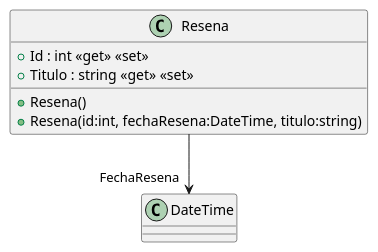
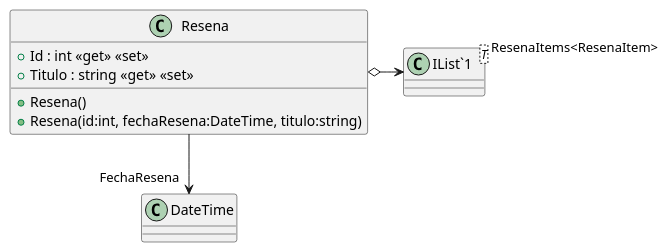
Before and after one commit to ISII2627LosElnes/ISII2627LosElnes: the diagram in src/AppForSEII.API/ClassDiagram/Resena.puml, drawn with PlantUML. The commit also changed 8 other files, not shown here.

```diff
--- a/src/AppForSEII.API/ClassDiagram/Resena.puml
+++ b/src/AppForSEII.API/ClassDiagram/Resena.puml
@@ -1,9 +1,12 @@
 @startuml
 class Resena {
     + Resena()
     + Resena(id:int, fechaResena:DateTime, titulo:string)
     + Id : int <<get>> <<set>>
     + Titulo : string <<get>> <<set>>
 }
+class "IList`1"<T> {
+}
 Resena --> "FechaResena" DateTime
+Resena o-> "ResenaItems<ResenaItem>" "IList`1"
 @enduml
```
